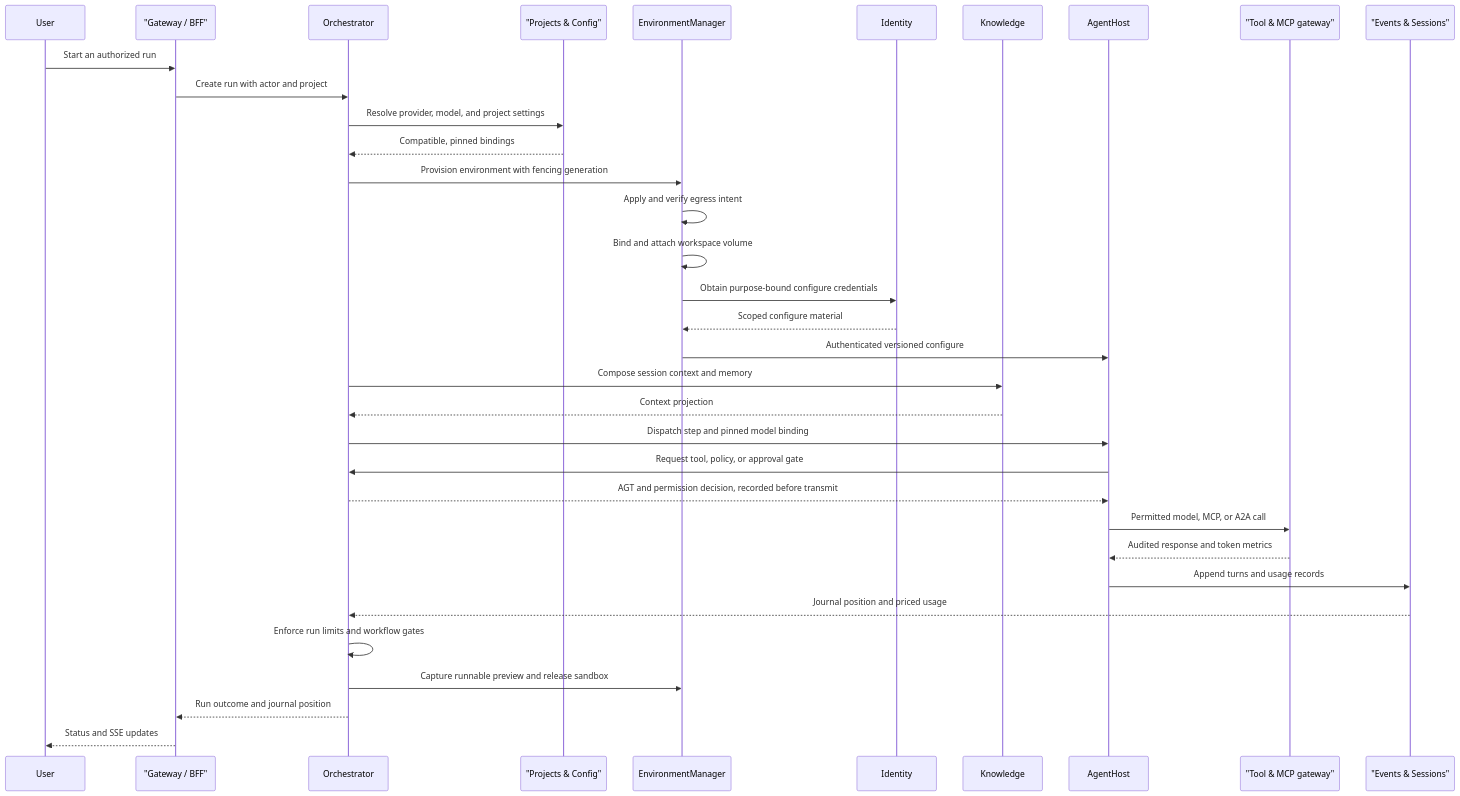
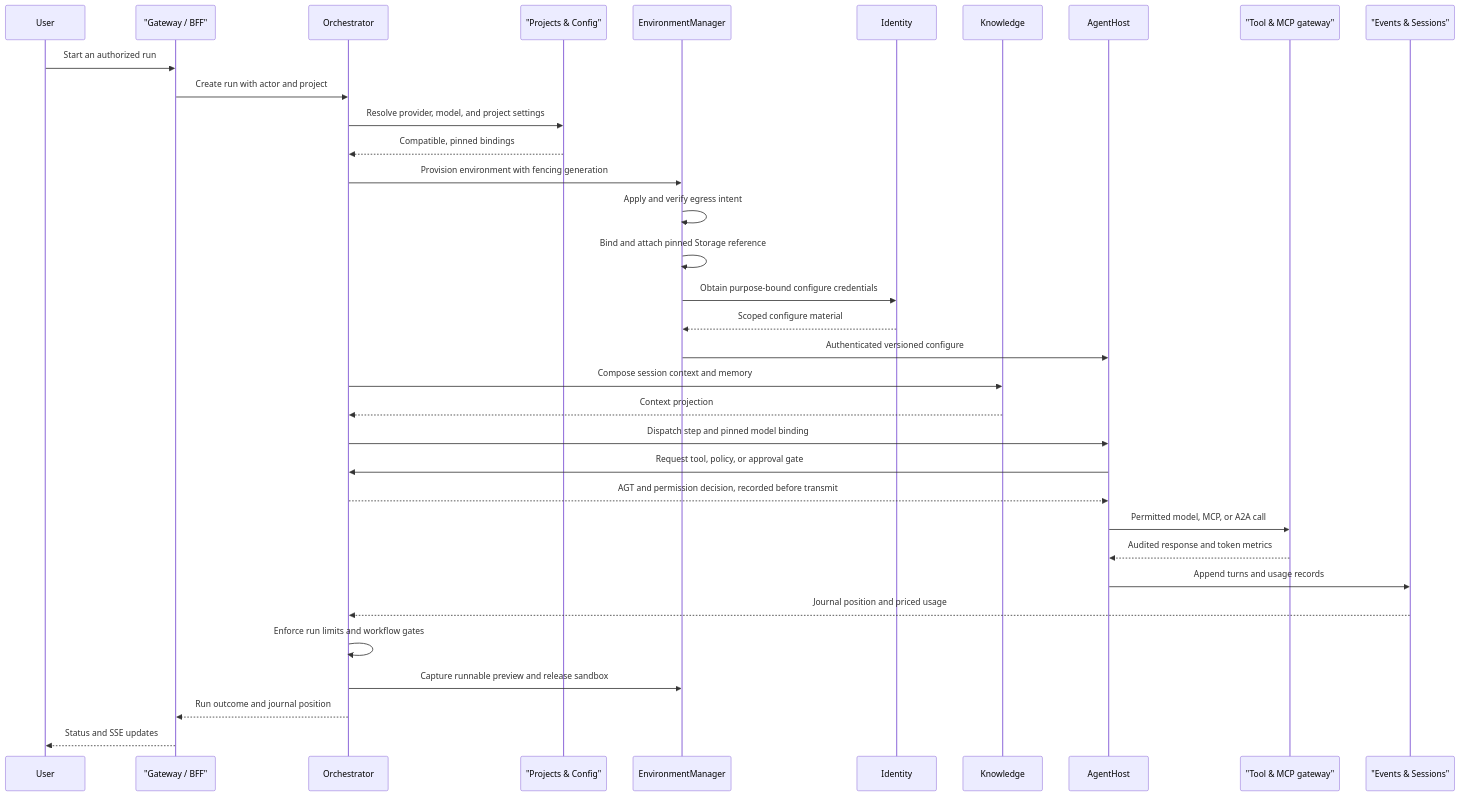
Before and after one commit to sabbour/agentweaver: the second of 2 diagrams in docs/architecture/design/services-and-release.md, drawn with Mermaid. The commit also changed 49 other files, not shown here.

````diff
--- a/docs/architecture/design/services-and-release.md
+++ b/docs/architecture/design/services-and-release.md
@@ -206,36 +206,36 @@
 ```mermaid
 sequenceDiagram
     participant User as User
     participant Bff as "Gateway / BFF"
     participant Orch as Orchestrator
     participant Config as "Projects & Config"
     participant Env as EnvironmentManager
     participant Id as Identity
     participant Know as Knowledge
     participant Host as AgentHost
     participant L7 as "Tool & MCP gateway"
     participant Ev as "Events & Sessions"
     User->>Bff: Start an authorized run
     Bff->>Orch: Create run with actor and project
     Orch->>Config: Resolve provider, model, and project settings
     Config-->>Orch: Compatible, pinned bindings
     Orch->>Env: Provision environment with fencing generation
     Env->>Env: Apply and verify egress intent
-    Env->>Env: Bind and attach workspace volume
+    Env->>Env: Bind and attach pinned Storage reference
     Env->>Id: Obtain purpose-bound configure credentials
     Id-->>Env: Scoped configure material
     Env->>Host: Authenticated versioned configure
     Orch->>Know: Compose session context and memory
     Know-->>Orch: Context projection
     Orch->>Host: Dispatch step and pinned model binding
     Host->>Orch: Request tool, policy, or approval gate
     Orch-->>Host: AGT and permission decision, recorded before transmit
     Host->>L7: Permitted model, MCP, or A2A call
     L7-->>Host: Audited response and token metrics
     Host->>Ev: Append turns and usage records
     Ev-->>Orch: Journal position and priced usage
     Orch->>Orch: Enforce run limits and workflow gates
     Orch->>Env: Capture runnable preview and release sandbox
     Orch-->>Bff: Run outcome and journal position
     Bff-->>User: Status and SSE updates
 ```
````
